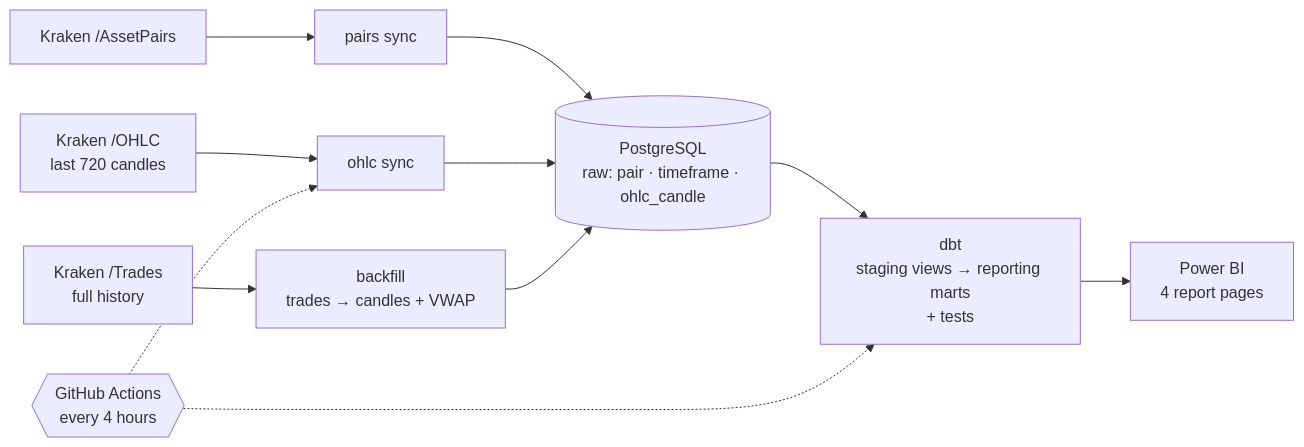
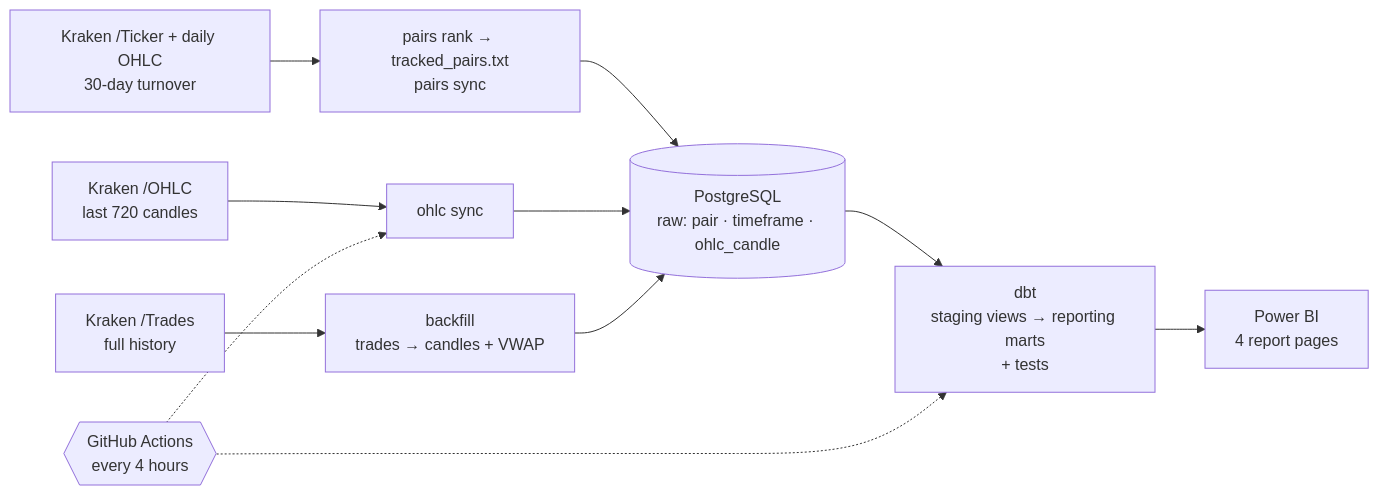
One commit to sormrdev/crypto-analytics changed the diagram in README.md. Above: the diagram before and after it, drawn with Mermaid. The commit also changed other lines of this file, not shown here.

````diff
--- a/README.md
+++ b/README.md
@@ -60,10 +60,10 @@
 ```mermaid
 flowchart LR
-    K1[Kraken /AssetPairs] --> P[pairs sync]
+    K1[Kraken /Ticker + daily OHLC<br/>30-day turnover] --> P[pairs rank → tracked_pairs.txt<br/>pairs sync]
     K2[Kraken /OHLC<br/>last 720 candles] --> O[ohlc sync]
     K3[Kraken /Trades<br/>full history] --> B[backfill<br/>trades → candles + VWAP]
     P & O & B --> DB[(PostgreSQL<br/>raw: pair · timeframe · ohlc_candle)]
     DB --> DBT[dbt<br/>staging views → reporting marts<br/>+ tests]
     DBT --> PBI[Power BI<br/>4 report pages]
     GHA{{GitHub Actions<br/>every 4 hours}} -.-> O & DBT
 ```
````
